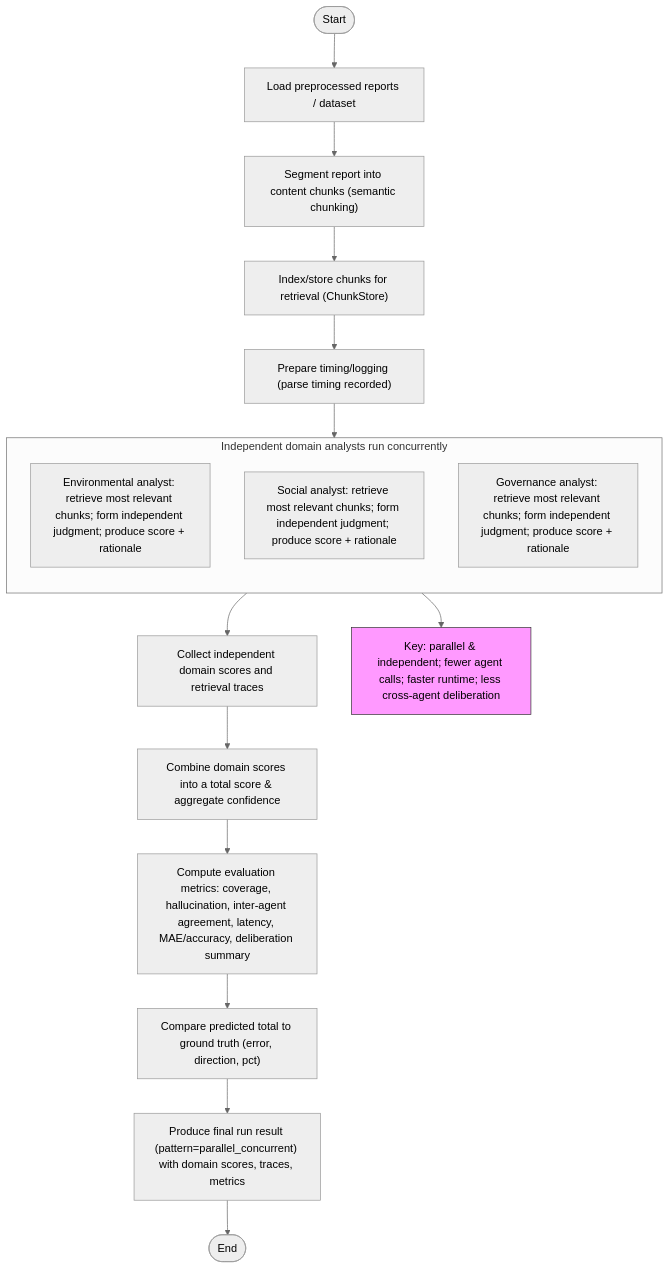
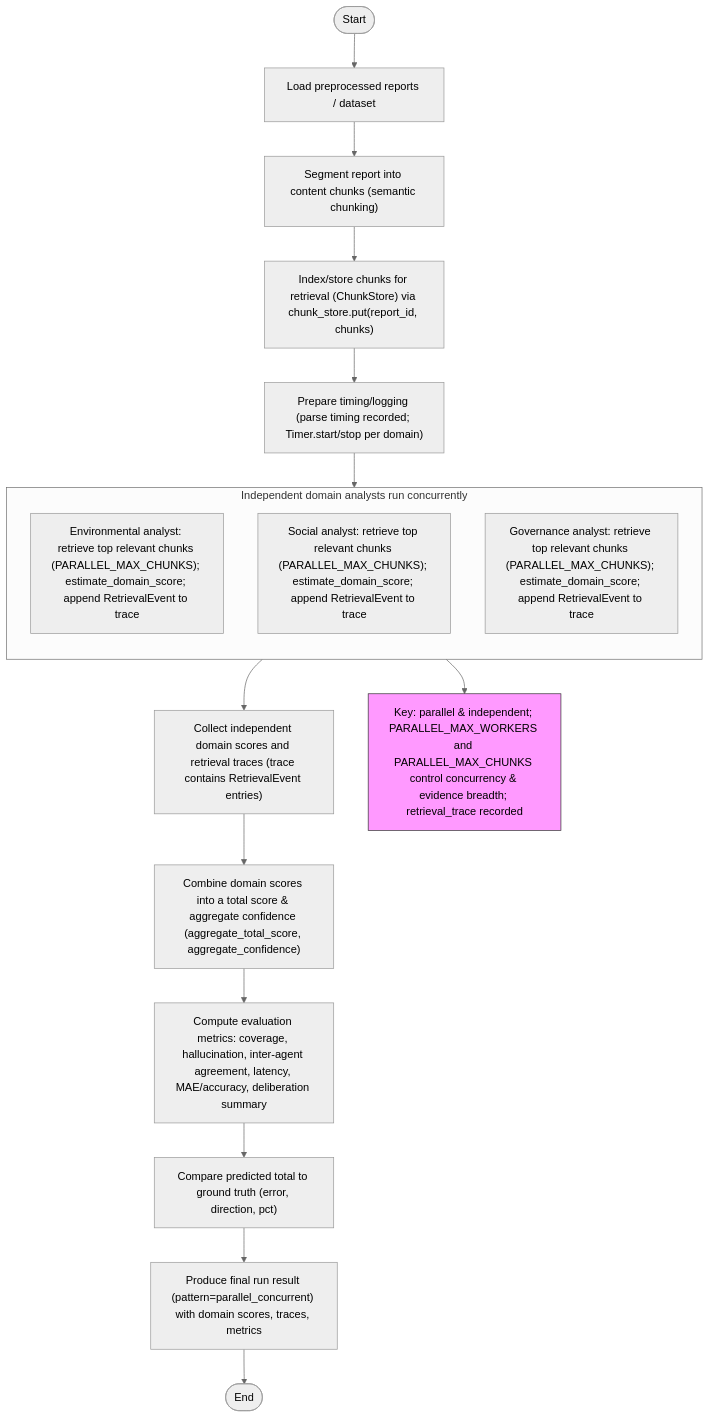
The diagram in flowcharts/parallel_concurrent.mmd (hate-bugs/Group2-aaib-esg-multi-agent-system-project-template), drawn with Mermaid (neutral theme) before and after one commit. The commit also changed other lines of this file and 2 other files, not shown here.

Commit message:
Flowcharts

````diff
--- a/flowcharts/parallel_concurrent.mmd
+++ b/flowcharts/parallel_concurrent.mmd
@@ -1,28 +1,26 @@
-```mermaid
 flowchart TD
-  %% Parallel Concurrent ESG Flow (conceptual)
+  %% Parallel Concurrent ESG Flow (conceptual, updated to reflect code changes)
   Start([Start]) --> LoadData["Load preprocessed reports / dataset"]
   LoadData --> Segment["Segment report into content chunks (semantic chunking)"]
-  Segment --> Store["Index/store chunks for retrieval (ChunkStore)"]
-  Store --> Prepare["Prepare timing/logging (parse timing recorded)"]
+  Segment --> Store["Index/store chunks for retrieval (ChunkStore) via chunk_store.put(report_id, chunks)"]
+  Store --> Prepare["Prepare timing/logging (parse timing recorded; Timer.start/stop per domain)"]
 
   subgraph ParallelScoring [Independent domain analysts run concurrently]
     direction TB
-    A1["Environmental analyst: retrieve most relevant chunks; form independent judgment; produce score + rationale"]
-    A2["Social analyst: retrieve most relevant chunks; form independent judgment; produce score + rationale"]
-    A3["Governance analyst: retrieve most relevant chunks; form independent judgment; produce score + rationale"]
+    A1["Environmental analyst: retrieve top relevant chunks (PARALLEL_MAX_CHUNKS); estimate_domain_score; append RetrievalEvent to trace"]
+    A2["Social analyst: retrieve top relevant chunks (PARALLEL_MAX_CHUNKS); estimate_domain_score; append RetrievalEvent to trace"]
+    A3["Governance analyst: retrieve top relevant chunks (PARALLEL_MAX_CHUNKS); estimate_domain_score; append RetrievalEvent to trace"]
   end
 
   Prepare --> ParallelScoring
-  ParallelScoring --> Collect["Collect independent domain scores and retrieval traces"]
-  Collect --> Aggregate["Combine domain scores into a total score & aggregate confidence"]
+  ParallelScoring --> Collect["Collect independent domain scores and retrieval traces (trace contains RetrievalEvent entries)"]
+  Collect --> Aggregate["Combine domain scores into a total score & aggregate confidence (aggregate_total_score, aggregate_confidence)"]
   Aggregate --> Evaluate["Compute evaluation metrics: coverage, hallucination, inter-agent agreement, latency, MAE/accuracy, deliberation summary"]
   Evaluate --> Compare["Compare predicted total to ground truth (error, direction, pct)"]
   Compare --> Result["Produce final run result (pattern=parallel_concurrent) with domain scores, traces, metrics"]
   Result --> End([End])
 
-  %% Key differences: agents act in parallel, independent judgments, lower latency, limited deliberation
+  %% Key differences: agents act in parallel (ThreadPoolExecutor controlled by PARALLEL_MAX_WORKERS), bounded retrieval per domain (PARALLEL_MAX_CHUNKS), lower latency but independent judgments
   classDef note fill:#f9f,stroke:#333,stroke-width:1px;
-  Notes["Key: parallel & independent; fewer agent calls; faster runtime; less cross-agent deliberation"]:::note
+  Notes["Key: parallel & independent; PARALLEL_MAX_WORKERS and PARALLEL_MAX_CHUNKS control concurrency & evidence breadth; retrieval_trace recorded"]:::note
   ParallelScoring --> Notes
-```
````
